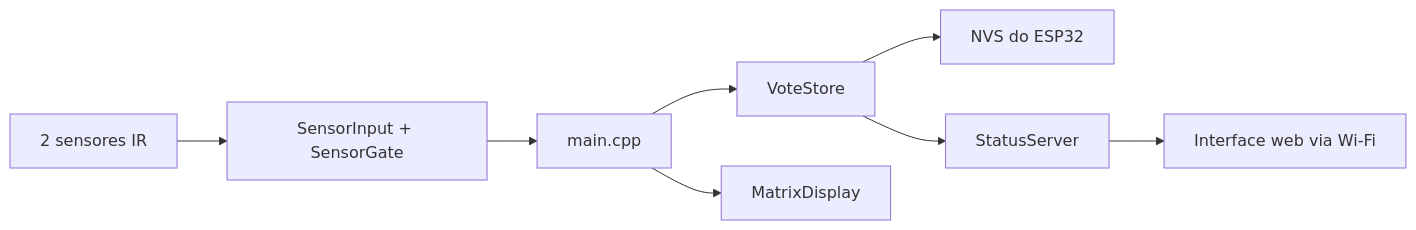
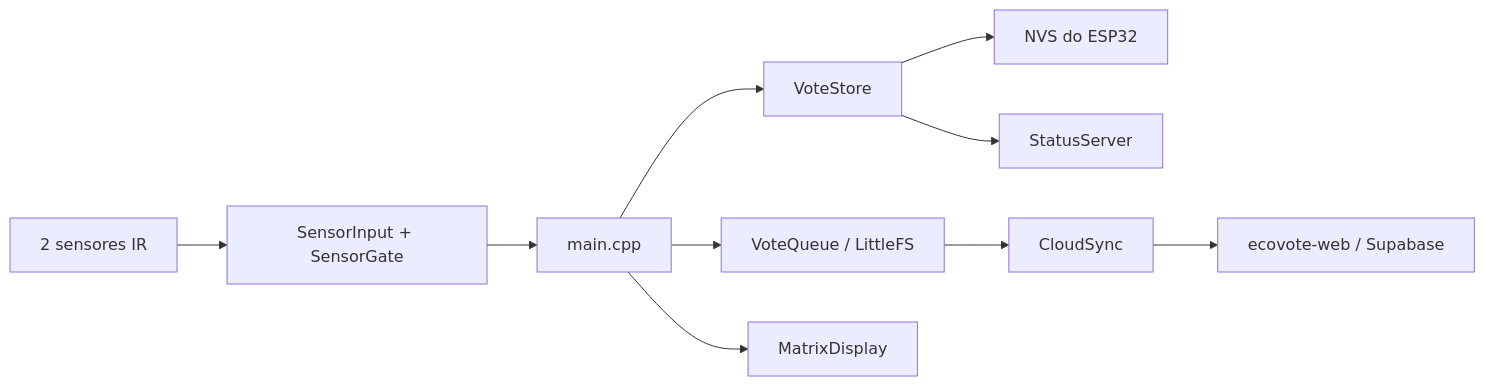
The diagram in README.md (Henrique1201/esp32-count), drawn with Mermaid before and after one commit. The commit also changed other lines of this file and 1 other file, not shown here.

Commit message:
Update README.md with backend integration details and add README.txt for LittleFS partition description

````diff
--- a/README.md
+++ b/README.md
@@ -15,10 +26,12 @@
 ```mermaid
 flowchart LR
     IR[2 sensores IR] --> S[SensorInput + SensorGate]
     S --> M[main.cpp]
     M --> V[VoteStore]
     V --> N[NVS do ESP32]
+    M --> Q[VoteQueue / LittleFS]
     M --> D[MatrixDisplay]
     V --> A[StatusServer]
-    A --> W[Interface web via Wi-Fi]
+    Q --> C[CloudSync]
+    C --> W[ecovote-web / Supabase]
 ```
````
